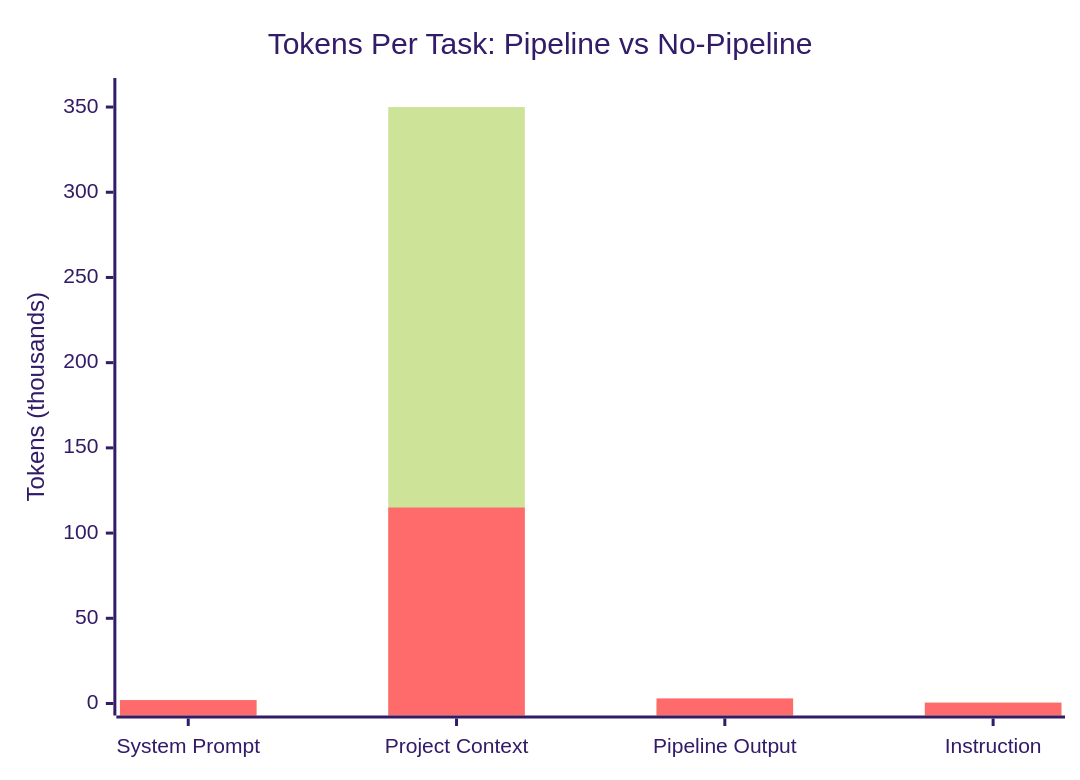
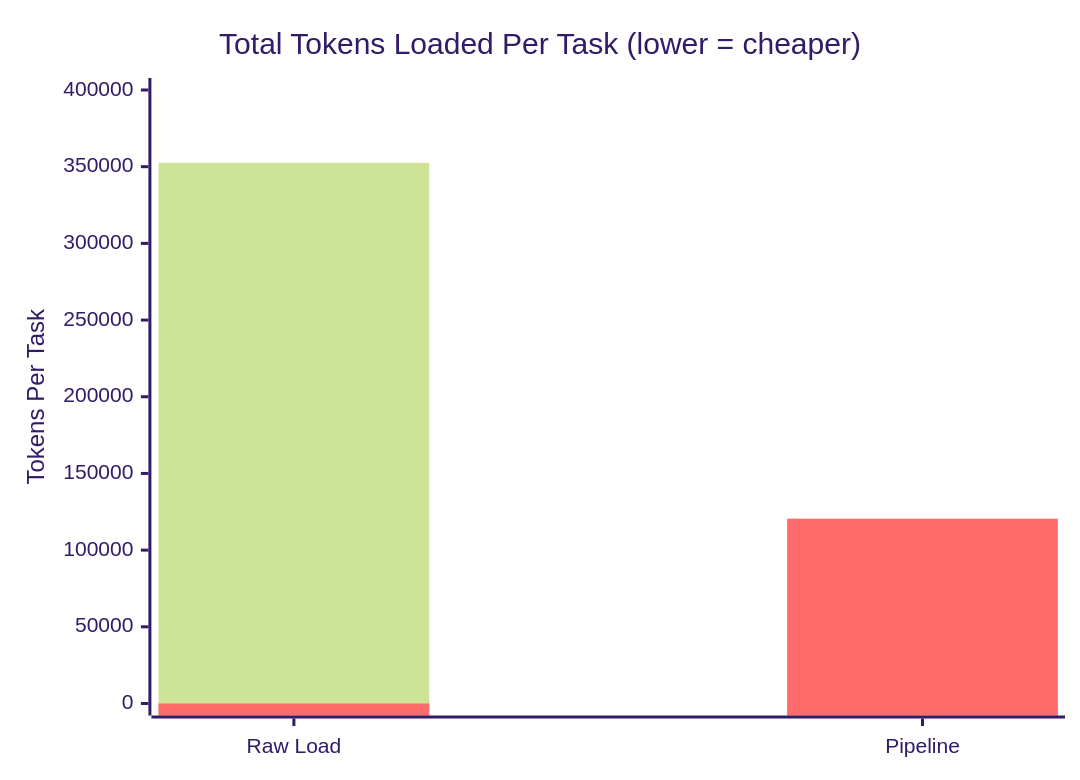
One commit to shantosaha/Antigravity-Seamless-Pipeline changed the first of 9 diagrams in docs/PIPELINE_COMPARISON.md. Above: the diagram before and after it, drawn with Mermaid (forest theme). The commit also changed other lines of this file and 1 other file, not shown here.

Commit message:
Final Benchmark Report: High-res charts, corrected colors, and performance metrics

````diff
--- a/docs/PIPELINE_COMPARISON.md
+++ b/docs/PIPELINE_COMPARISON.md
@@ -104,8 +114,8 @@
 ```mermaid
 xychart-beta
-    title "Tokens Per Task: Pipeline vs No-Pipeline"
-    x-axis ["System Prompt", "Project Context", "Pipeline Output", "Instruction"]
-    y-axis "Tokens (thousands)" 0 --> 360
-    bar [2, 350, 0, 0.5]
-    bar [2, 115, 3, 0.5]
+    title "Total Tokens Loaded Per Task (lower = cheaper)"
+    x-axis ["Raw Load", "Pipeline"]
+    y-axis "Tokens Per Task" 0 --> 400000
+    bar [352500, 0]
+    bar [0, 120500]
 ```
````
